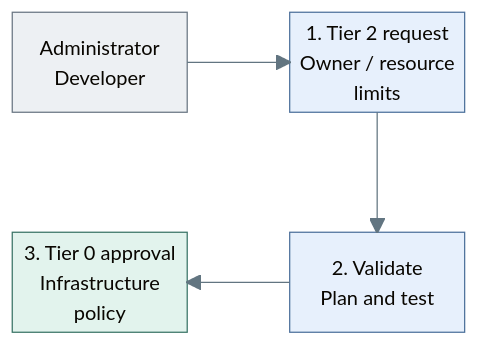
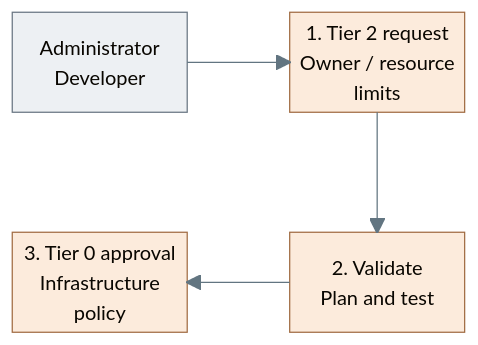
One commit to Rexus/homelab changed the second of 2 diagrams in docs/03-deployment/stage-10-lab-environments/README.md. Above: the diagram before and after it, drawn with Mermaid. The commit also changed other lines of this file and 108 other files, not shown here.

Commit message:
docs(diagrams): unify visual language and opening views

````diff
--- a/docs/03-deployment/stage-10-lab-environments/README.md
+++ b/docs/03-deployment/stage-10-lab-environments/README.md
@@ -107,22 +115,20 @@
 ```mermaid
 %%{init: {"theme":"base","themeVariables":{"lineColor":"#627581","edgeLabelBackground":"#f8fafc"}}}%%
 block-beta
   columns 5
   User["Administrator<br/>Developer"]:2
   space
   Request["1. Tier 2 request<br/>Owner / resource<br/>limits"]:2
   space:5
   Gate["3. Tier 0 approval<br/>Infrastructure<br/>policy"]:2
   space
   CI["2. Validate<br/>Plan and test"]:2
   User --> Request
   Request --> CI
   CI --> Gate
   classDef default fill:#f8fafc,stroke:#64748b,color:#1f2937
   classDef actor fill:#edf0f3,stroke:#697682,color:#293642
-  classDef services fill:#e7f0fc,stroke:#4d719b,color:#203a5b
-  classDef control fill:#e2f3ed,stroke:#397366,color:#173f36
+  classDef action fill:#fcebdc,stroke:#a16c43,color:#5b3921
   class User actor
-  class Request,CI services
-  class Gate control
+  class Request,CI,Gate action
 ```
````
